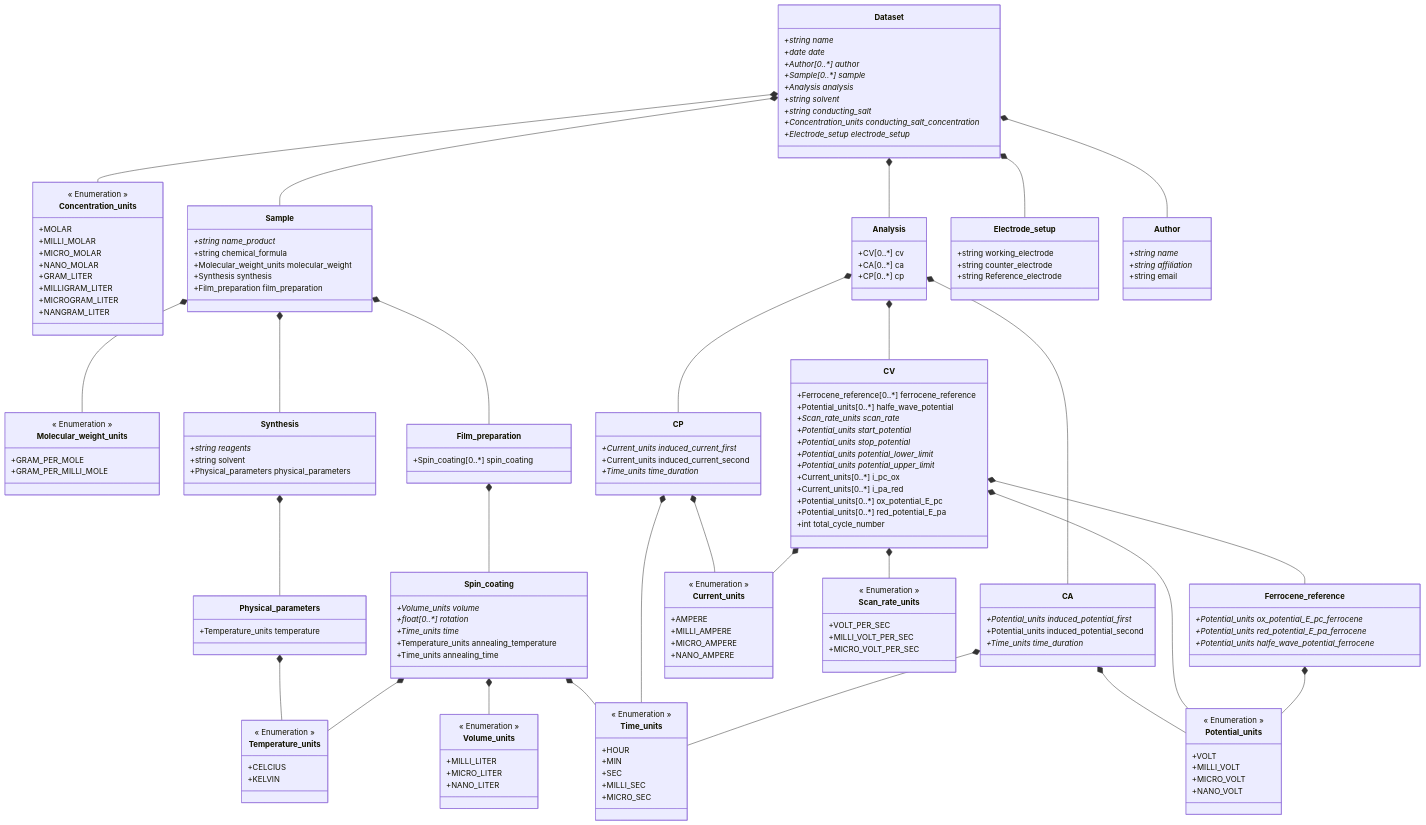
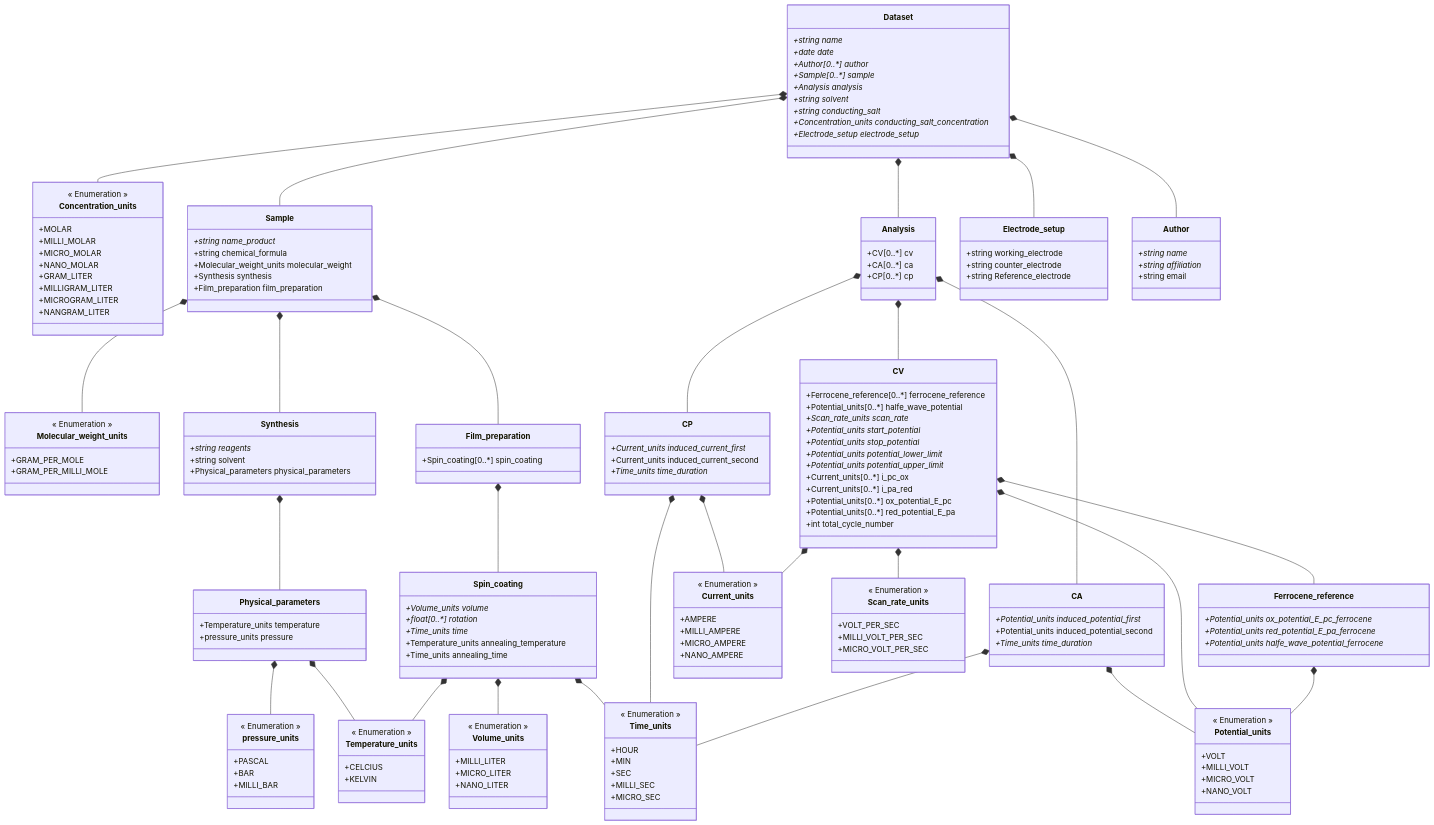
One commit to FAIRChemistry/datamodel-electrochemistry changed the diagram in ElectrochemistryDataModel/schemes/electrochemistrydatamodel_schema.md. Above: the diagram before and after it, drawn with Mermaid. The commit also changed 16 other files, not shown here.

```diff
--- a/ElectrochemistryDataModel/schemes/electrochemistrydatamodel_schema.md
+++ b/ElectrochemistryDataModel/schemes/electrochemistrydatamodel_schema.md
@@ -9,6 +9,7 @@
     Sample *-- Synthesis
     Sample *-- Film_preparation
     Synthesis *-- Physical_parameters
+    Physical_parameters *-- pressure_units
     Physical_parameters *-- Temperature_units
     Film_preparation *-- Spin_coating
     Spin_coating *-- Temperature_units
@@ -55,6 +56,7 @@
     
     class Physical_parameters {
         +Temperature_units temperature
+        +pressure_units pressure
     }
     
     class Film_preparation {
@@ -118,6 +120,13 @@
         +string name*
         +string affiliation*
         +string email
+    }
+    
+    class pressure_units {
+        << Enumeration >>
+        +PASCAL
+        +BAR
+        +MILLI_BAR
     }
     
     class Molecular_weight_units {
```
